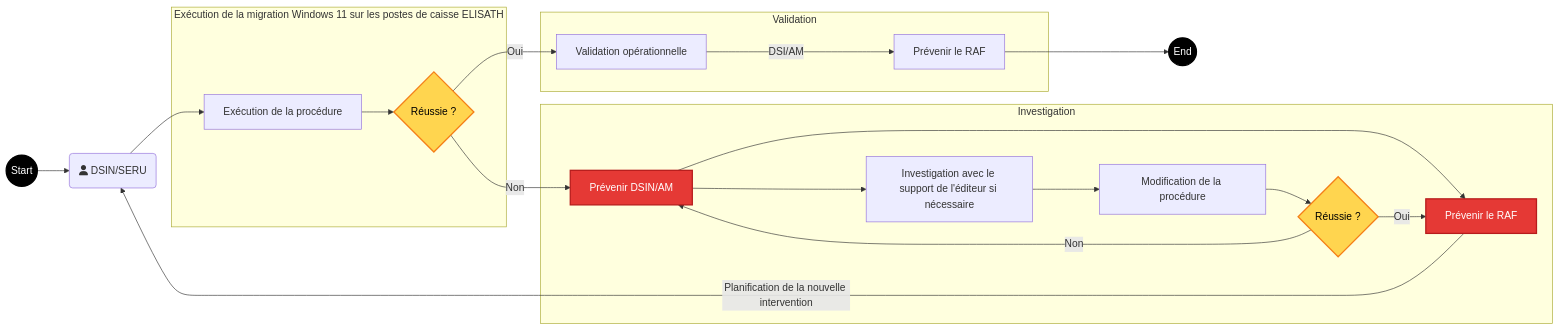
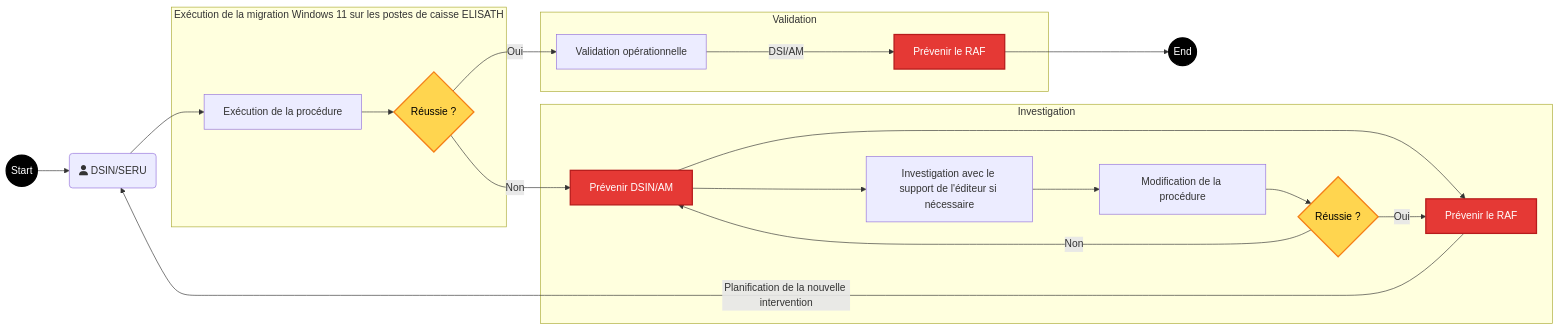
The diagram in all/Flux de validation.md (fdadda/iodraw-files), drawn with Mermaid before and after one commit.

Commit message:
2026-05-12 09:47:30 update

````diff
--- a/all/Flux de validation.md
+++ b/all/Flux de validation.md
@@ -1,39 +1,39 @@
 ```mermaid
 flowchart LR
 
     start((Start)) --> A
     A(fa:fa-user DSIN/SERU) --> B[Exécution de la procédure]
 
     subgraph Exécution de la migration Windows 11 sur les postes de caisse ELISATH
         B --> C{Réussie ?}
     end
 
     subgraph Validation
         C -->|Oui| D[Validation opérationnelle]
         D -->|DSI/AM| J[Prévenir le RAF]
     end
 
     J --> End((End))
 
     subgraph Investigation
         C -->|Non| E[Prévenir DSIN/AM]
         E --> F[Prévenir le RAF]
         E --> G[Investigation avec le support de l'éditeur si nécessaire]
         G --> H[Modification de la procédure]
         H --> I{Réussie ?}
         I -->|Oui| F
         I -->|Non| E
     end
 
     F -->|Planification de la nouvelle intervention| A
 
     %% --- STYLES ---
     classDef start fill:#000,stroke:#000,color:#fff,stroke-width:2px;
     classDef decision fill:#ffd54f,stroke:#f57f17,color:#000,stroke-width:2px;
     classDef error fill:#e53935,stroke:#b71c1c,color:#fff,stroke-width:2px;
 
     %% --- AFFECTATION DES CLASSES ---
     class start,End start;
     class C,I decision;
-    class E,F error;
+    class E,F,J error;
 ```
````
